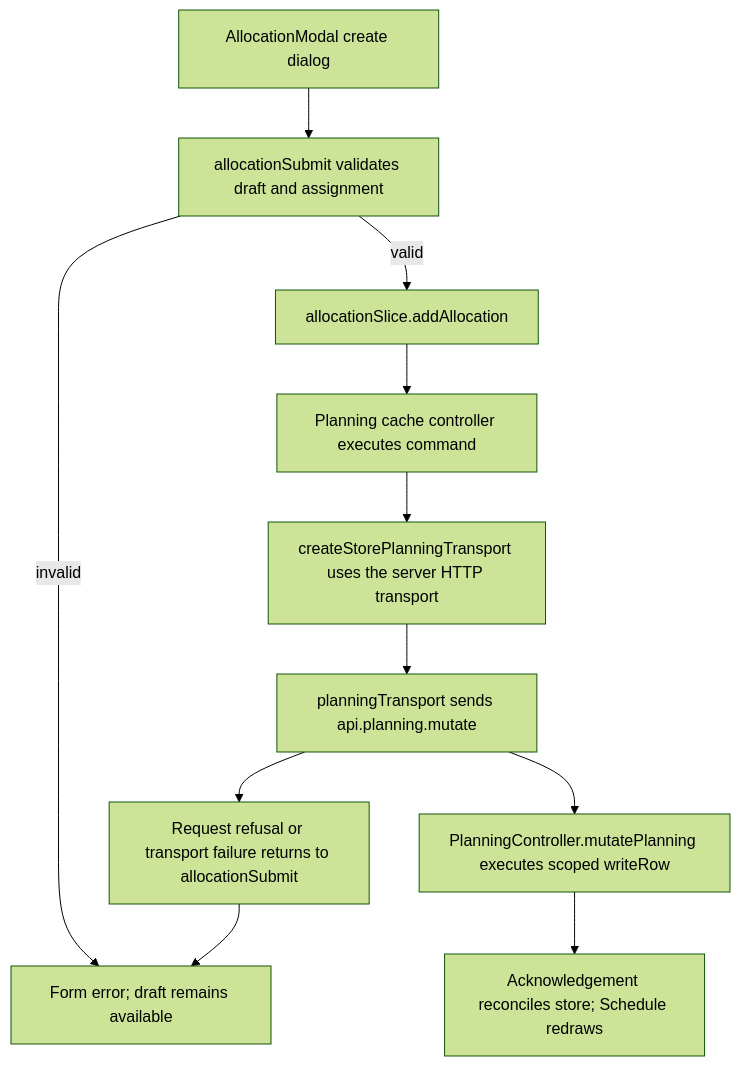
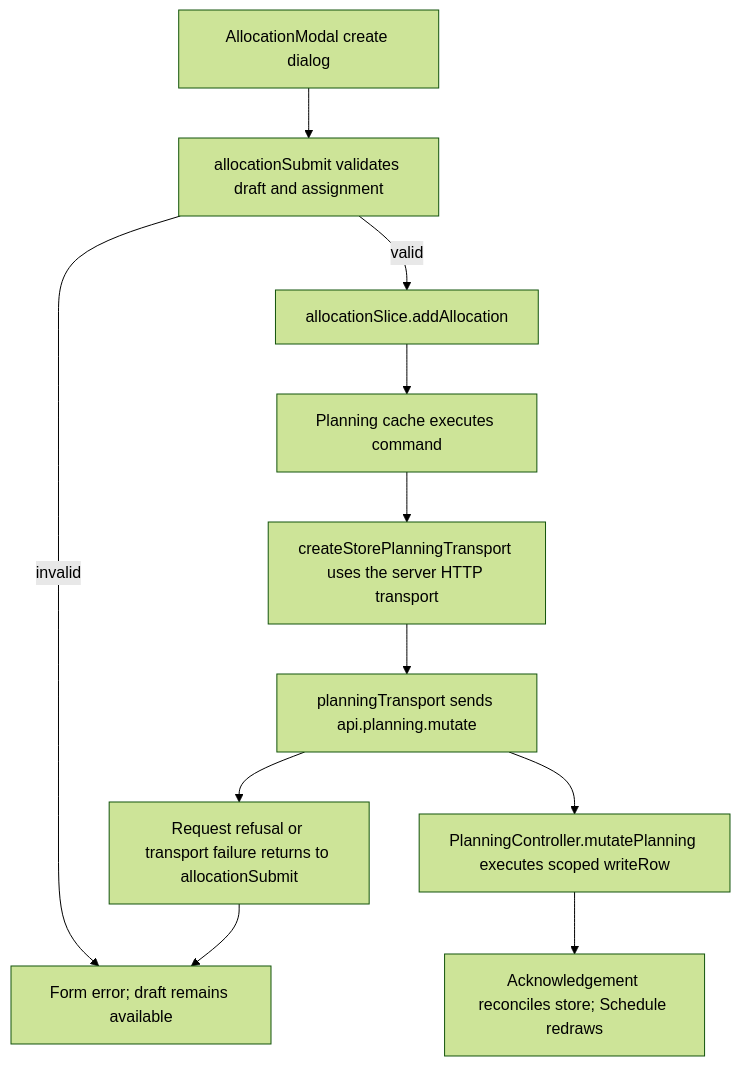
Before and after one commit to Kevinjohn/capacitylens: the second of 2 diagrams in user-stories/allocation/US-ALL-01-create.md, drawn with Mermaid (forest theme). The commit also changed other lines of this file and 117 other files, not shown here.

First line of the commit message:
Planning cache: rename the planning cache controller family

````diff
--- a/user-stories/allocation/US-ALL-01-create.md
+++ b/user-stories/allocation/US-ALL-01-create.md
@@ -55,13 +55,13 @@
 ```mermaid
 flowchart TD
   A["AllocationModal create dialog"] --> B["allocationSubmit validates draft and assignment"]
   B -->|valid| C["allocationSlice.addAllocation"]
   B -->|invalid| I["Field/form error; dialog remains open"]
-  C --> D["Planning cache controller executes command"]
+  C --> D["Planning cache executes command"]
   D --> E["createStorePlanningTransport uses the server HTTP transport"]
   E --> F["planningTransport sends api.planning.mutate"]
   F --> J["Request refusal or transport failure returns to allocationSubmit"]
   J --> I["Form error; draft remains available"]
   F --> G["PlanningController.mutatePlanning executes scoped writeRow"]
   G --> H["Acknowledgement reconciles store; Schedule redraws"]
 ```
````
